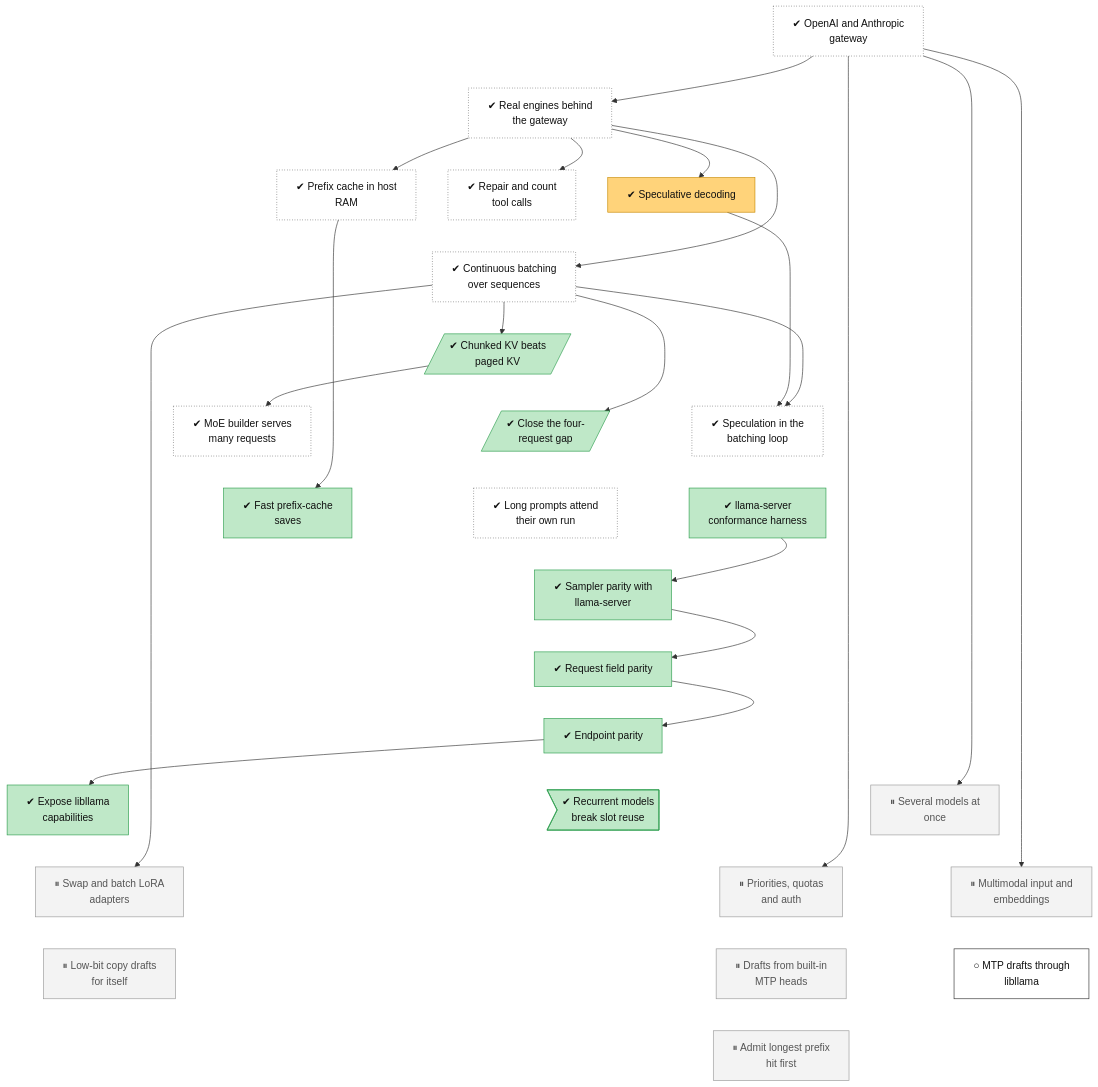
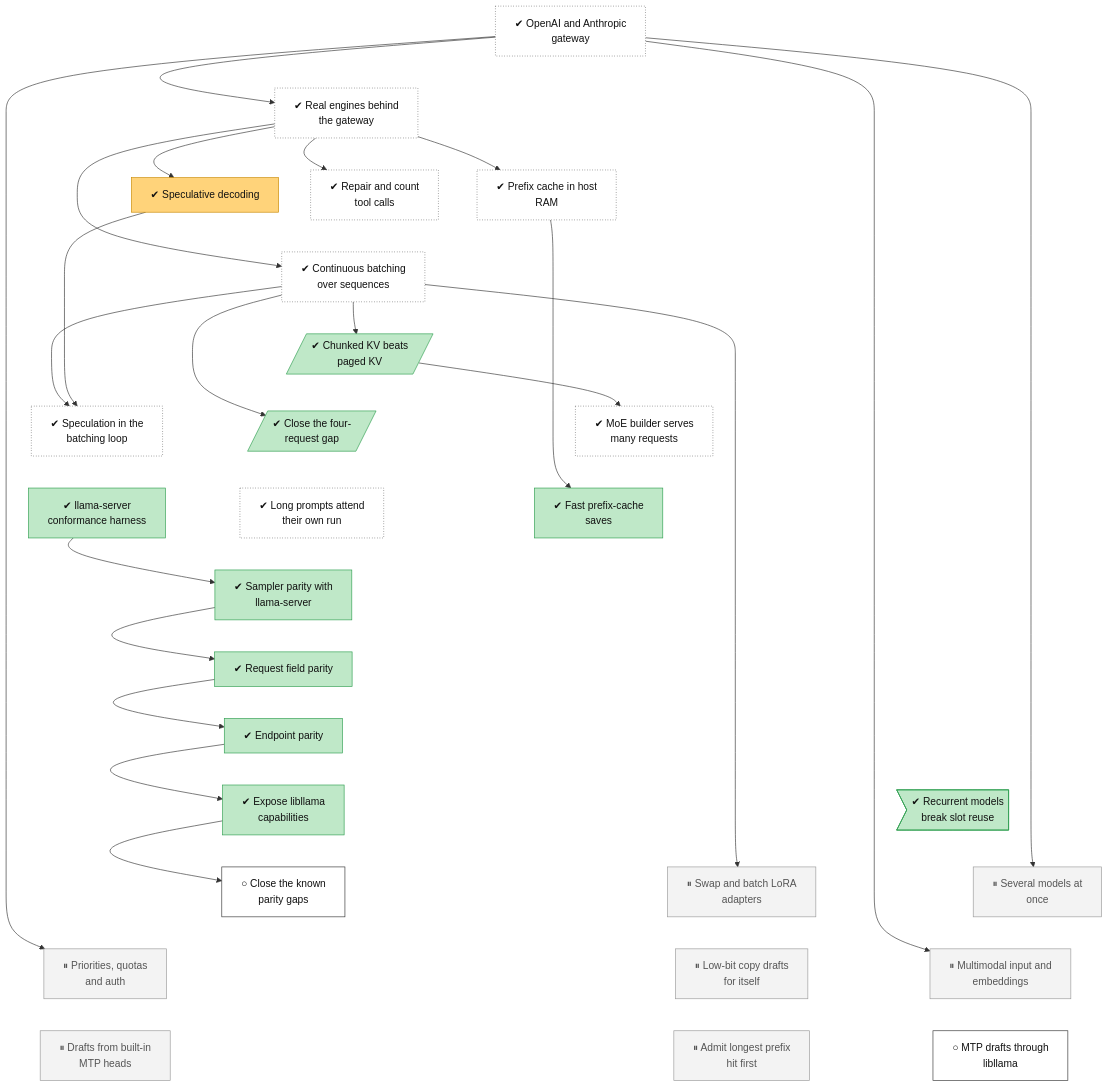
One commit to lhns/tetraeder changed the diagram in docs/roadmap/tracks/serving.md. Above: the diagram before and after it, drawn with Mermaid. The commit also changed other lines of this file and 6 other files, not shown here.

````diff
--- a/docs/roadmap/tracks/serving.md
+++ b/docs/roadmap/tracks/serving.md
@@ -27,6 +27,7 @@
     serving_parity_endpoints["✔ Endpoint parity"]
     serving_parity_libllama["✔ Expose libllama<br/>capabilities"]
     serving_recurrent_reuse>"✔ Recurrent models<br/>break slot reuse"]
+    serving_parity_remaining["○ Close the known<br/>parity gaps"]
     serving_multi_model["⏸ Several models at<br/>once"]
     serving_multi_lora["⏸ Swap and batch LoRA<br/>adapters"]
     serving_auth_quotas["⏸ Priorities, quotas<br/>and auth"]
@@ -56,16 +57,15 @@
     serving_parity_fields ~~~ serving_parity_endpoints
     serving_parity_endpoints ~~~ serving_parity_libllama
     serving_parity_endpoints ~~~ serving_recurrent_reuse
-    serving_parity_endpoints ~~~ serving_multi_model
-    serving_parity_libllama ~~~ serving_multi_lora
-    serving_recurrent_reuse ~~~ serving_auth_quotas
+    serving_parity_libllama ~~~ serving_parity_remaining
+    serving_recurrent_reuse ~~~ serving_multi_model
+    serving_recurrent_reuse ~~~ serving_multi_lora
+    serving_parity_remaining ~~~ serving_auth_quotas
     serving_multi_model ~~~ serving_multimodal
     serving_multi_lora ~~~ serving_self_spec
     serving_auth_quotas ~~~ serving_mtp_drafts
     serving_multimodal ~~~ serving_mtp_libllama
     serving_self_spec ~~~ serving_prefix_first
-    serving_mtp_drafts ~~~ serving_prefix_first
-    serving_mtp_libllama ~~~ serving_prefix_first
     serving_gateway --> serving_real_engines
     serving_real_engines --> serving_prefix_cache
     serving_real_engines --> serving_speculative
@@ -81,6 +81,7 @@
     serving_parity_sampling --> serving_parity_fields
     serving_parity_fields --> serving_parity_endpoints
     serving_parity_endpoints --> serving_parity_libllama
+    serving_parity_libllama --> serving_parity_remaining
     serving_gateway --> serving_multi_model
     serving_batching --> serving_multi_lora
     serving_gateway --> serving_auth_quotas
@@ -102,6 +103,6 @@
     class serving_gateway,serving_real_engines,serving_prefix_cache,serving_tool_calls,serving_batching,serving_moe_batch,serving_spec_batching,serving_own_run_attention unrated
     class serving_speculative mixed
     class serving_kv_layout,serving_c4_gap,serving_prefix_save,serving_parity_harness,serving_parity_sampling,serving_parity_fields,serving_parity_endpoints,serving_parity_libllama,serving_recurrent_reuse succ
+    class serving_parity_remaining,serving_mtp_libllama next
     class serving_multi_model,serving_multi_lora,serving_auth_quotas,serving_multimodal,serving_self_spec,serving_mtp_drafts,serving_prefix_first parked
-    class serving_mtp_libllama next
 ```
````
